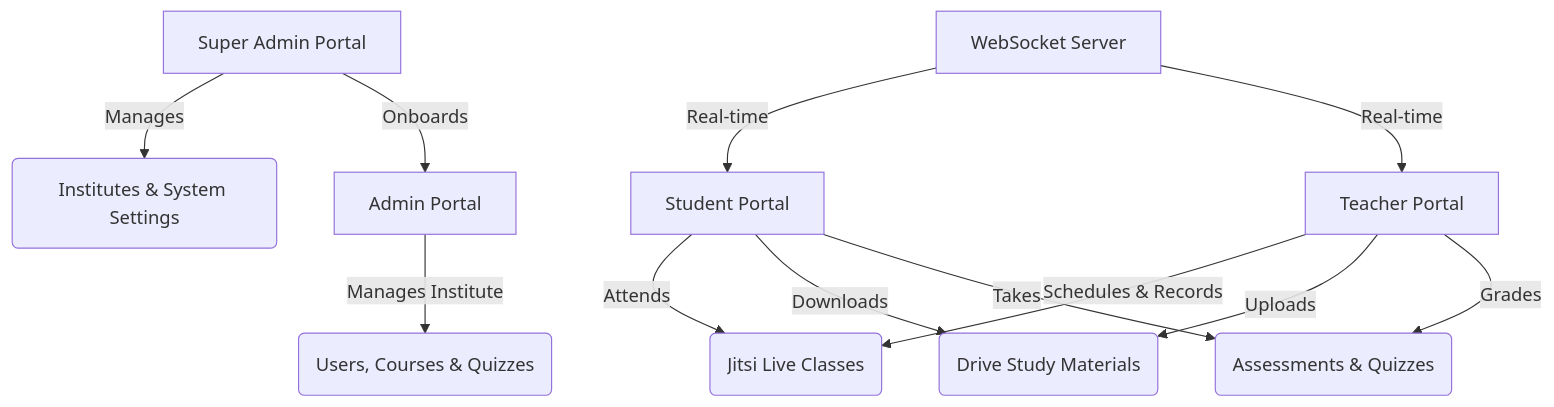
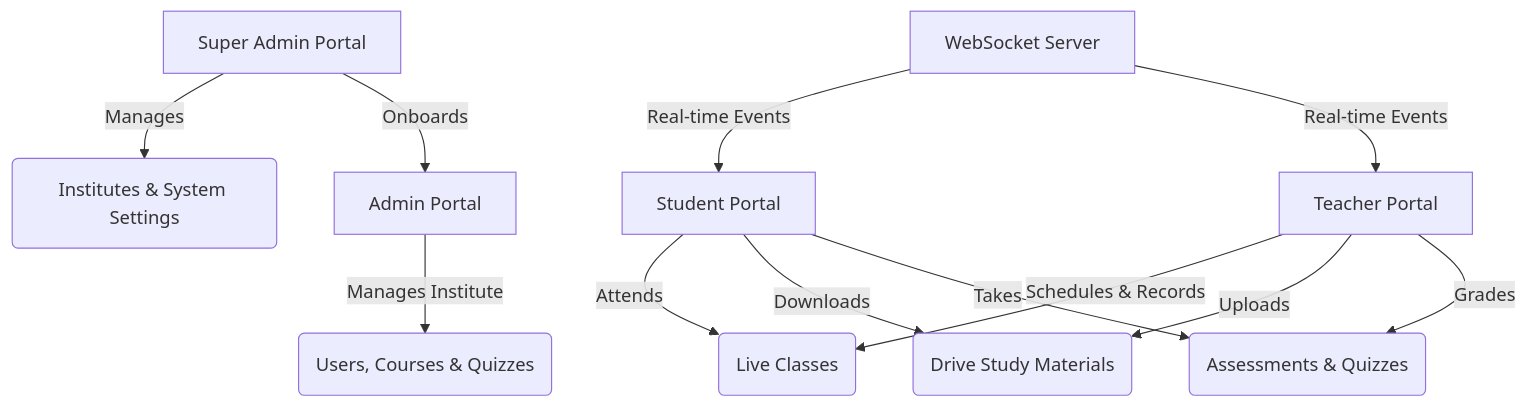
One commit to rameshchavan07/smart-lms changed the diagram in README.md. Above: the diagram before and after it, drawn with Mermaid. The commit also changed other lines of this file and 1 other file, not shown here.

Commit message:
feat: add dashboard page with onboarding flow and update project documentation

````diff
--- a/README.md
+++ b/README.md
@@ -64,14 +57,14 @@
 ```mermaid
 graph TD
     SA[Super Admin Portal] -->|Manages| I(Institutes & System Settings)
     SA -->|Onboards| A[Admin Portal]
     A -->|Manages Institute| B(Users, Courses & Quizzes)
-    C[Teacher Portal] -->|Schedules & Records| D(Jitsi Live Classes)
+    C[Teacher Portal] -->|Schedules & Records| D(Live Classes)
     C -->|Uploads| E(Drive Study Materials)
     F[Student Portal] -->|Attends| D
     F -->|Downloads| E
     F -->|Takes| G(Assessments & Quizzes)
     C -->|Grades| G
-    H[WebSocket Server] -->|Real-time| F
-    H -->|Real-time| C
+    H[WebSocket Server] -->|Real-time Events| F
+    H -->|Real-time Events| C
 ```
````
